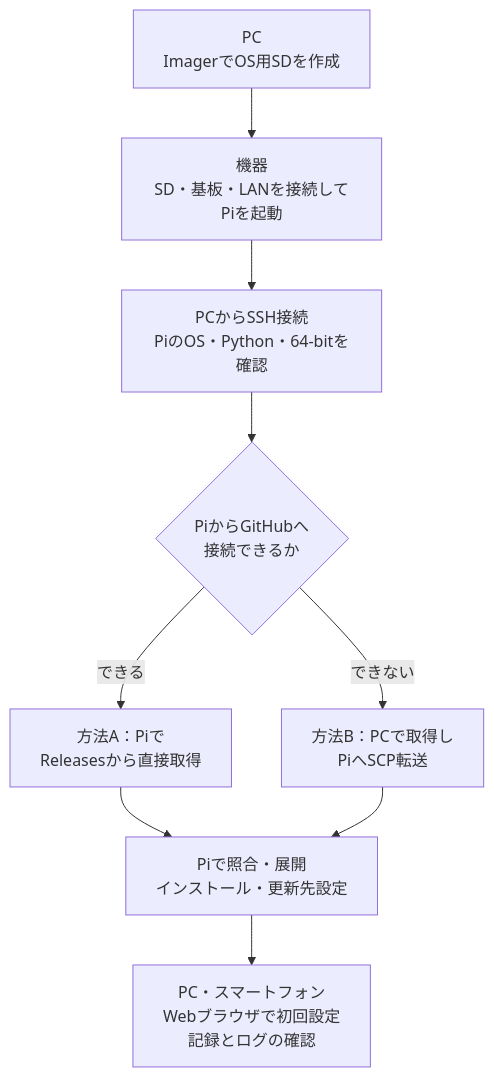
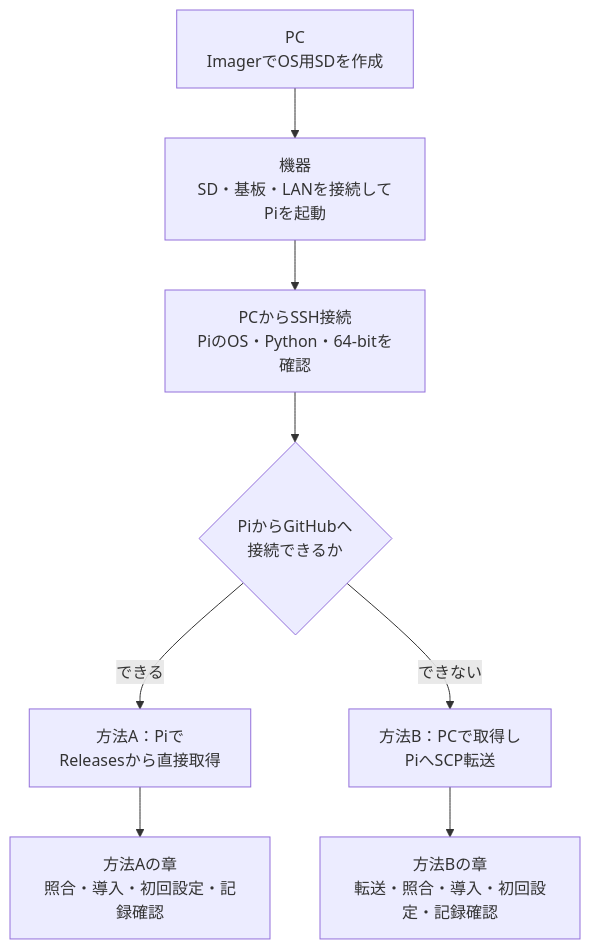
Before and after one commit to raspikoubou/24v-event-logger-oss: the diagram in docs/インストール説明書.md, drawn with Mermaid. The commit also changed other lines of this file, not shown here.

````diff
--- a/docs/インストール説明書.md
+++ b/docs/インストール説明書.md
@@ -19,11 +19,10 @@
 ```mermaid
 flowchart TB
     SD["PC<br/>ImagerでOS用SDを作成"] --> Boot["機器<br/>SD・基板・LANを接続してPiを起動"]
     Boot --> SSH["PCからSSH接続<br/>PiのOS・Python・64-bitを確認"]
     SSH --> Route{"PiからGitHubへ<br/>接続できるか"}
     Route -->|できる| Direct["方法A：Piで<br/>Releasesから直接取得"]
     Route -->|できない| Transfer["方法B：PCで取得し<br/>PiへSCP転送"]
-    Direct --> Install["Piで照合・展開<br/>インストール・更新先設定"]
-    Transfer --> Install
-    Install --> Check["PC・スマートフォン<br/>Webブラウザで初回設定<br/>記録とログの確認"]
+    Direct --> InstallA["方法Aの章<br/>照合・導入・初回設定・記録確認"]
+    Transfer --> InstallB["方法Bの章<br/>転送・照合・導入・初回設定・記録確認"]
 ```
````
